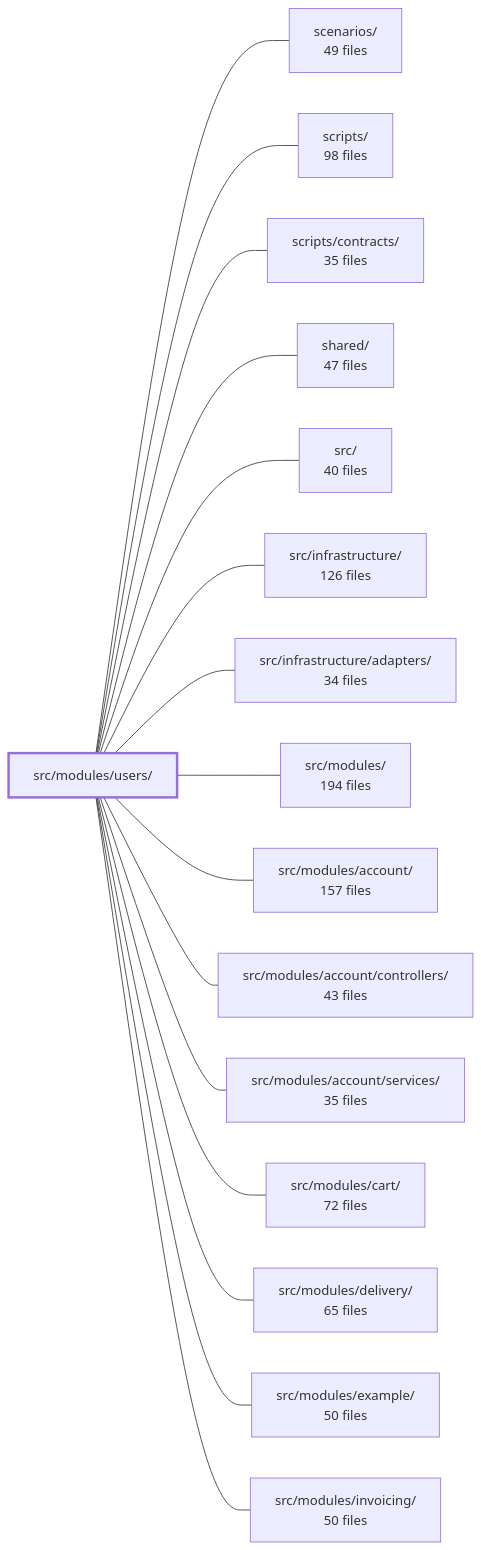
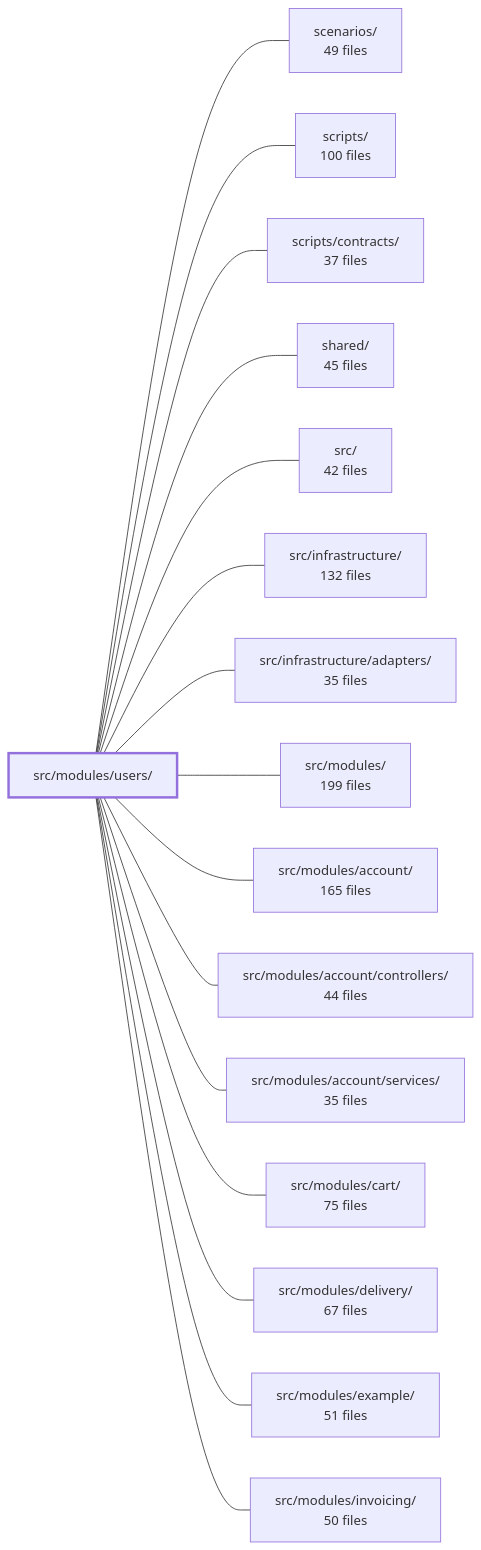
Before and after one commit to Guebbit/boilerplate-node-backend: the diagram in .2brain/modules/boilerplate-node-backend_src_modules_users.md, drawn with Mermaid. The commit also changed other lines of this file and 1102 other files, not shown here.

````diff
--- a/.2brain/modules/boilerplate-node-backend_src_modules_users.md
+++ b/.2brain/modules/boilerplate-node-backend_src_modules_users.md
@@ -42,35 +44,35 @@
 ```mermaid
 flowchart LR
     m_src_modules_users["src/modules/users/"]
     m_scenarios["scenarios/<br/>49 files"]
-    m_scripts["scripts/<br/>98 files"]
-    m_scripts_contracts["scripts/contracts/<br/>35 files"]
-    m_shared["shared/<br/>47 files"]
-    m_src["src/<br/>40 files"]
-    m_src_infrastructure["src/infrastructure/<br/>126 files"]
-    m_src_infrastructure_adapters["src/infrastructure/adapters/<br/>34 files"]
-    m_src_modules["src/modules/<br/>194 files"]
-    m_src_modules_account["src/modules/account/<br/>157 files"]
-    m_src_modules_account_controllers["src/modules/account/controllers/<br/>43 files"]
+    m_scripts["scripts/<br/>100 files"]
+    m_scripts_contracts["scripts/contracts/<br/>37 files"]
+    m_shared["shared/<br/>45 files"]
+    m_src["src/<br/>42 files"]
+    m_src_infrastructure["src/infrastructure/<br/>132 files"]
+    m_src_infrastructure_adapters["src/infrastructure/adapters/<br/>35 files"]
+    m_src_modules["src/modules/<br/>199 files"]
+    m_src_modules_account["src/modules/account/<br/>165 files"]
+    m_src_modules_account_controllers["src/modules/account/controllers/<br/>44 files"]
     m_src_modules_account_services["src/modules/account/services/<br/>35 files"]
-    m_src_modules_cart["src/modules/cart/<br/>72 files"]
-    m_src_modules_delivery["src/modules/delivery/<br/>65 files"]
-    m_src_modules_example["src/modules/example/<br/>50 files"]
+    m_src_modules_cart["src/modules/cart/<br/>75 files"]
+    m_src_modules_delivery["src/modules/delivery/<br/>67 files"]
+    m_src_modules_example["src/modules/example/<br/>51 files"]
     m_src_modules_invoicing["src/modules/invoicing/<br/>50 files"]
     m_src_modules_users --- m_scenarios
     m_src_modules_users --- m_scripts
     m_src_modules_users --- m_scripts_contracts
     m_src_modules_users --- m_shared
     m_src_modules_users --- m_src
     m_src_modules_users --- m_src_infrastructure
     m_src_modules_users --- m_src_infrastructure_adapters
     m_src_modules_users --- m_src_modules
     m_src_modules_users --- m_src_modules_account
     m_src_modules_users --- m_src_modules_account_controllers
     m_src_modules_users --- m_src_modules_account_services
     m_src_modules_users --- m_src_modules_cart
     m_src_modules_users --- m_src_modules_delivery
     m_src_modules_users --- m_src_modules_example
     m_src_modules_users --- m_src_modules_invoicing
     style m_src_modules_users stroke-width:3px
 ```
````
